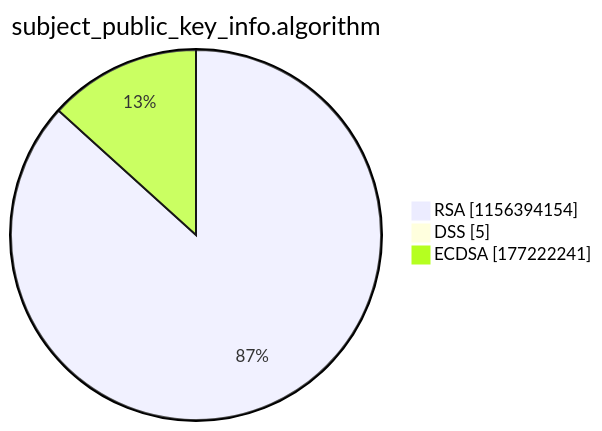
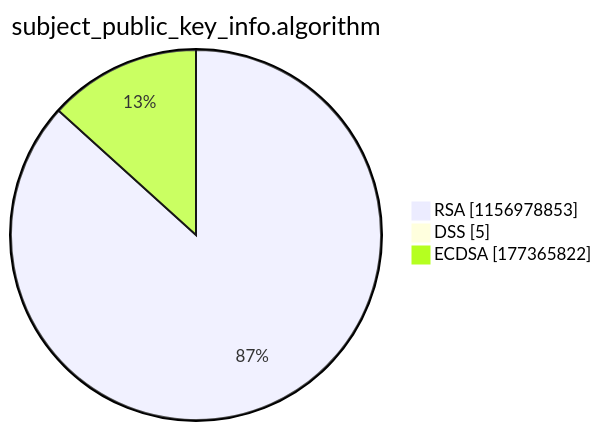
Before and after one commit to christiankrug/ctmonitor_visualization: the third of 15 diagrams in argon2022/README.md, drawn with Mermaid. The commit also changed other lines of this file, not shown here.

````diff
--- a/argon2022/README.md
+++ b/argon2022/README.md
@@ -14,7 +14,7 @@
 ```mermaid
 pie showData
 title subject_public_key_info.algorithm
-"RSA" :1156394154
+"RSA" :1156978853
 "DSS" :5
-"ECDSA" :177222241
+"ECDSA" :177365822
 ```
````
